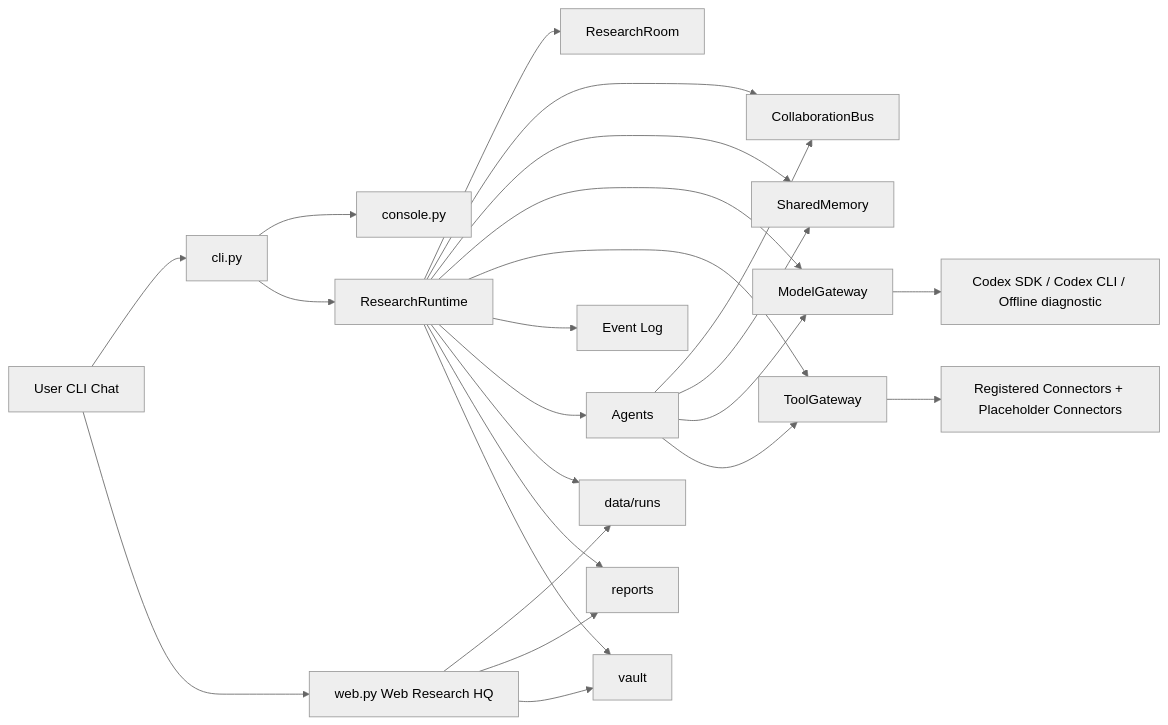
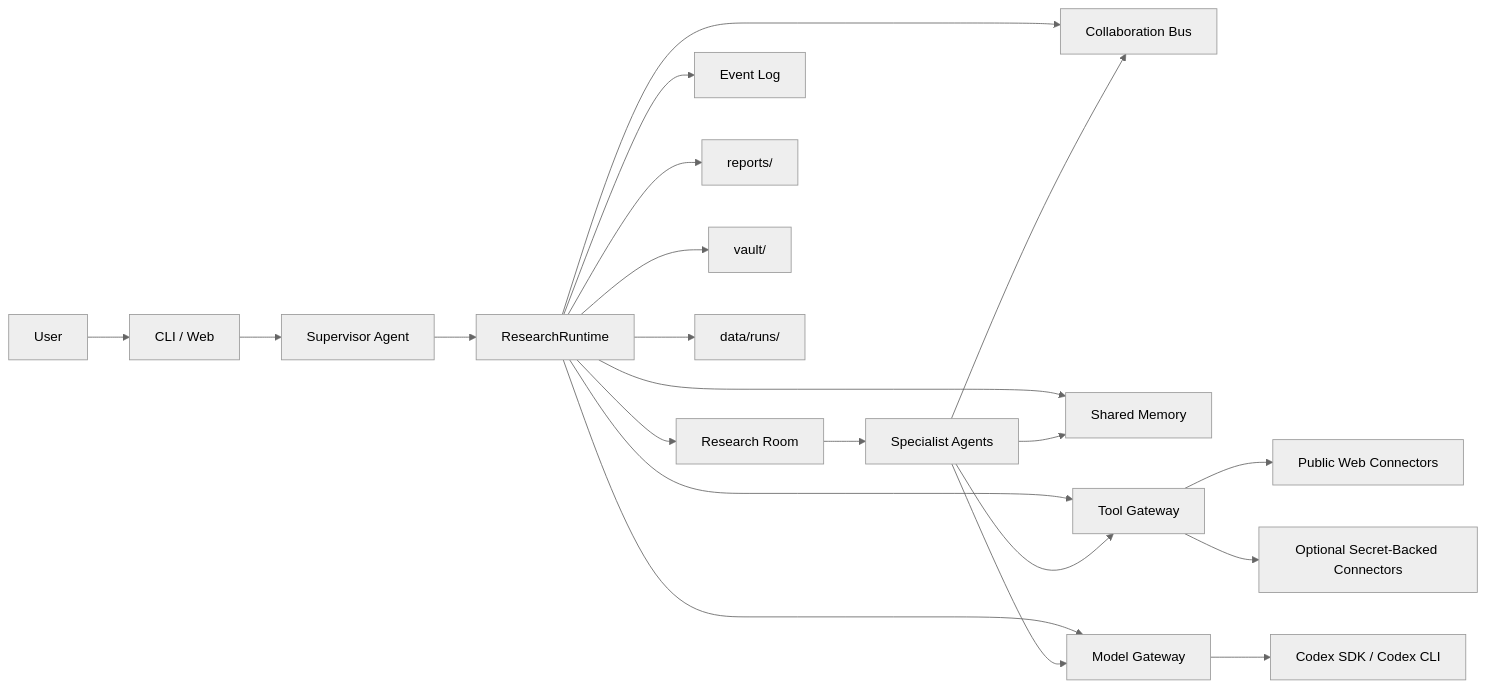
One commit to Musashi-great/jimmoria changed the diagram in docs/jimmoria-project-structure.md. Above: the diagram before and after it, drawn with Mermaid (neutral theme). The commit also changed other lines of this file and 22 other files, not shown here.

Commit message:
Make research stack public web first

````diff
--- a/docs/jimmoria-project-structure.md
+++ b/docs/jimmoria-project-structure.md
@@ -107,30 +107,26 @@
 ```mermaid
 flowchart LR
-    User[User CLI Chat] --> CLI[cli.py]
-    CLI --> Console[console.py]
-    CLI --> Runtime[ResearchRuntime]
-    User --> Web[web.py Web Research HQ]
-
-    Runtime --> Room[ResearchRoom]
-    Runtime --> Bus[CollaborationBus]
-    Runtime --> Memory[SharedMemory]
-    Runtime --> Model[ModelGateway]
-    Runtime --> Tools[ToolGateway]
+    User[User] --> Console[CLI / Web]
+    Console --> Supervisor[Supervisor Agent]
+    Supervisor --> Runtime[ResearchRuntime]
+    Runtime --> Room[Research Room]
+    Runtime --> Bus[Collaboration Bus]
+    Runtime --> Memory[Shared Memory]
+    Runtime --> Tools[Tool Gateway]
+    Runtime --> Model[Model Gateway]
     Runtime --> Events[Event Log]
 
-    Model --> Provider[Codex SDK / Codex CLI / Offline diagnostic]
-    Tools --> External[Registered Connectors + Placeholder Connectors]
+    Tools --> Web[Public Web Connectors]
+    Tools --> Optional[Optional Secret-Backed Connectors]
+    Model --> Codex[Codex SDK / Codex CLI]
 
-    Runtime --> Agents[Agents]
+    Room --> Agents[Specialist Agents]
     Agents --> Bus
     Agents --> Memory
+    Agents --> Tools
     Agents --> Model
-    Agents --> Tools
 
-    Runtime --> Runs[data/runs]
-    Runtime --> Reports[reports]
-    Runtime --> Vault[vault]
-    Web --> Runs
-    Web --> Reports
-    Web --> Vault
+    Runtime --> Reports[reports/]
+    Runtime --> Vault[vault/]
+    Runtime --> Runs[data/runs/]
 ```
````
